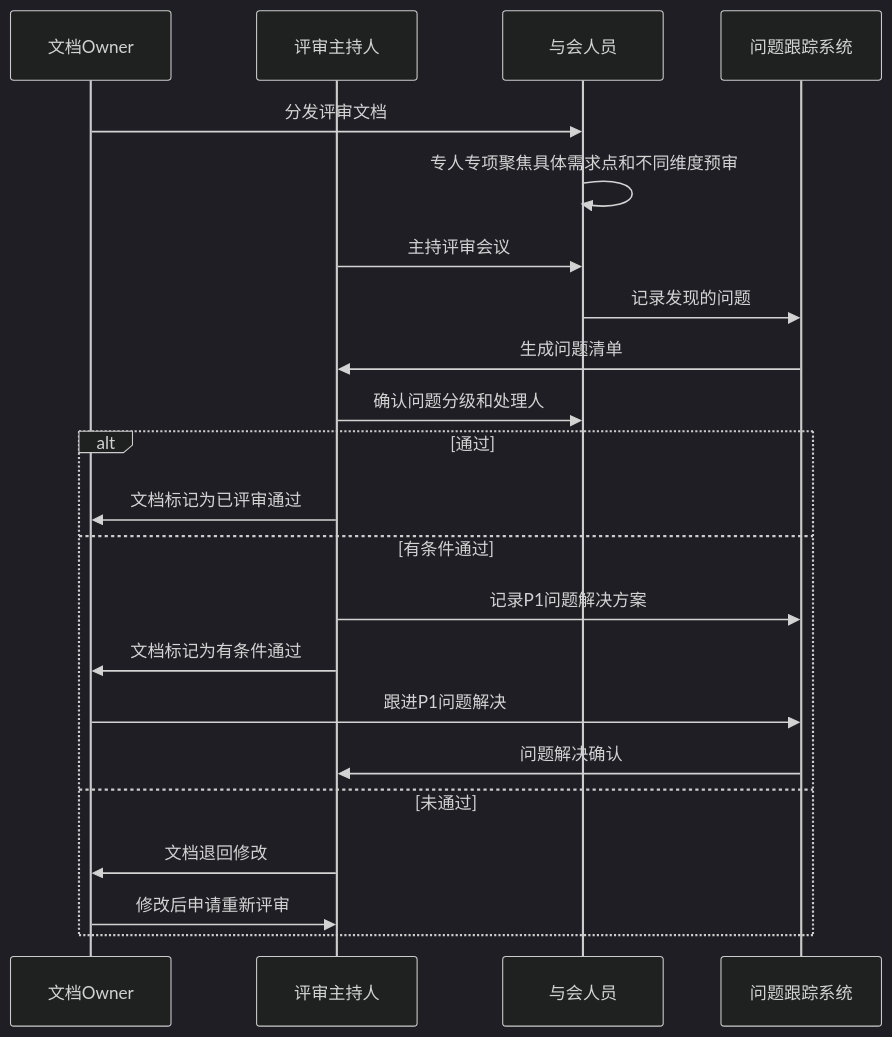
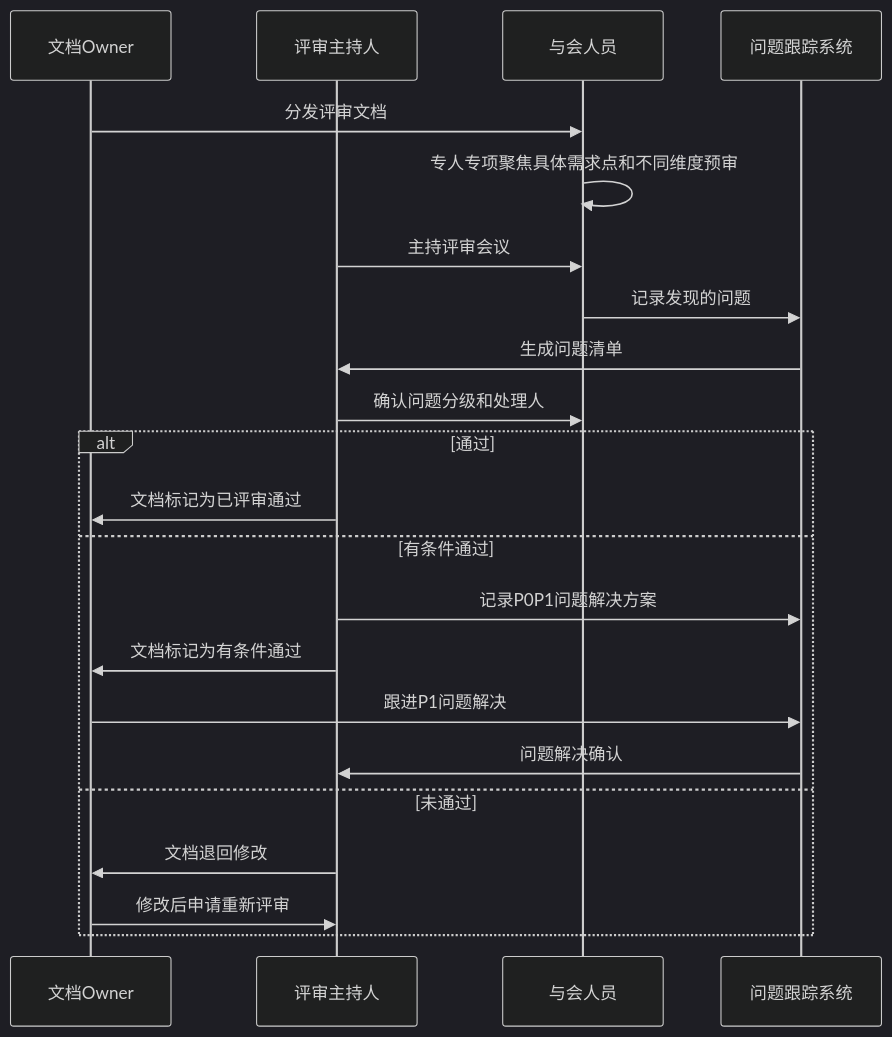
Before and after one commit to Taskon-xyz/PR: diagram 11 of 11 in 开发流程图.md, drawn with Mermaid (dark theme). The commit also changed other lines of this file and 1 other file, not shown here.

````diff
--- a/开发流程图.md
+++ b/开发流程图.md
@@ -270,26 +270,26 @@
 ```mermaid
 sequenceDiagram
     participant D as 文档Owner
     participant A as 评审主持人
     participant B as 与会人员
     participant C as 问题跟踪系统
   
     D->>B: 分发评审文档
     B->>B: 专人专项聚焦具体需求点和不同维度预审
     A->>B: 主持评审会议
     B->>C: 记录发现的问题
     C->>A: 生成问题清单
     A->>B: 确认问题分级和处理人
   
     alt 通过
         A->>D: 文档标记为已评审通过
     else 有条件通过
-        A->>C: 记录P1问题解决方案
+        A->>C: 记录P0P1问题解决方案
         A->>D: 文档标记为有条件通过
         D->>C: 跟进P1问题解决
         C->>A: 问题解决确认
     else 未通过
         A->>D: 文档退回修改
         D->>A: 修改后申请重新评审
     end
 ```
````
